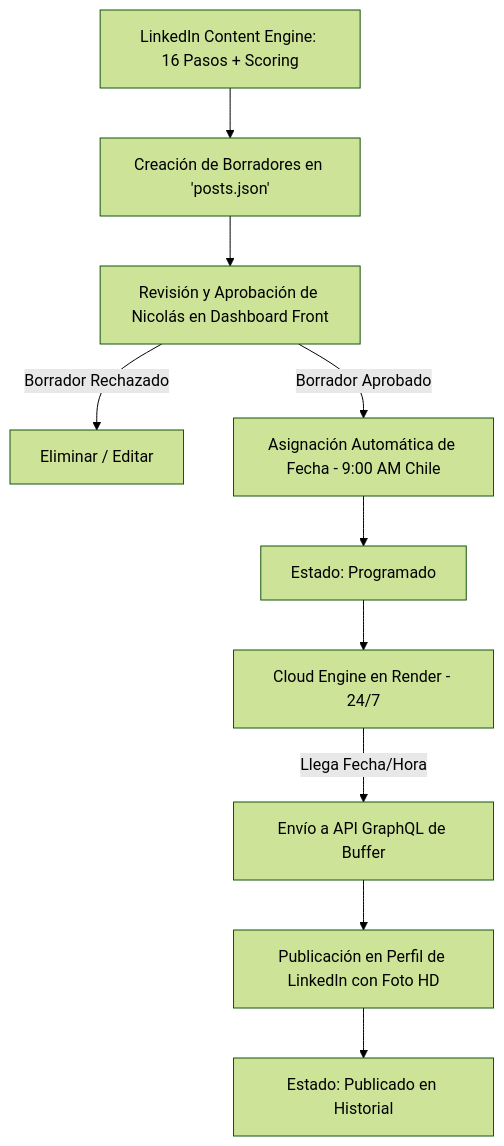
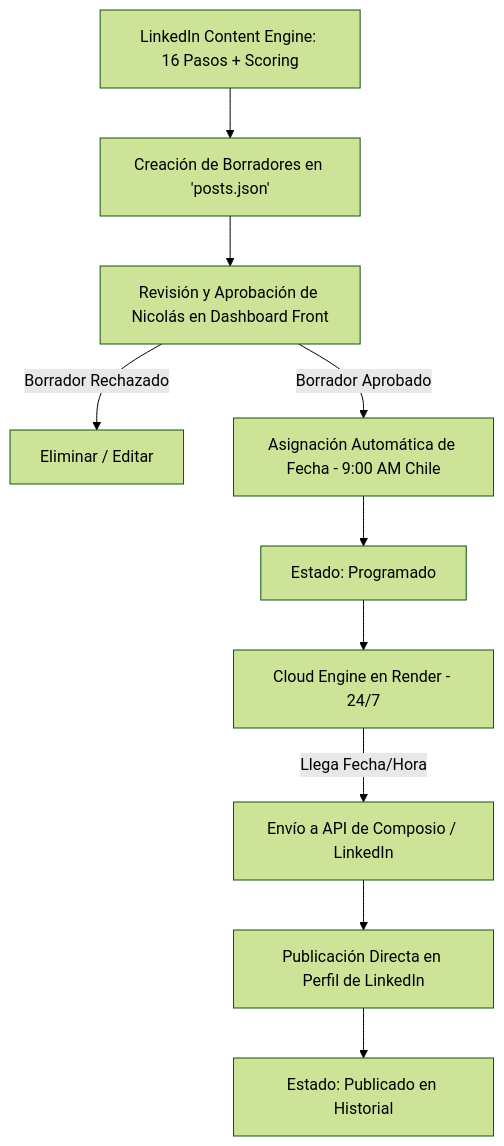
One commit to nicolass309/linkedin-nico changed the diagram in DOCUMENTACION.md. Above: the diagram before and after it, drawn with Mermaid (forest theme). The commit also changed other lines of this file and 2 other files, not shown here.

Commit message:
feat: migrate publisher engine from Buffer to Composio LinkedIn API

````diff
--- a/DOCUMENTACION.md
+++ b/DOCUMENTACION.md
@@ -37,12 +37,12 @@
 ```mermaid
 graph TD
     A[LinkedIn Content Engine: 16 Pasos + Scoring] --> B[Creación de Borradores en 'posts.json']
     B --> C[Revisión y Aprobación de Nicolás en Dashboard Front]
     C -->|Borrador Rechazado| D[Eliminar / Editar]
     C -->|Borrador Aprobado| E[Asignación Automática de Fecha - 9:00 AM Chile]
     E --> F[Estado: Programado]
     F --> G[Cloud Engine en Render - 24/7]
-    G -->|Llega Fecha/Hora| H[Envío a API GraphQL de Buffer]
-    H --> I[Publicación en Perfil de LinkedIn con Foto HD]
+    G -->|Llega Fecha/Hora| H[Envío a API de Composio / LinkedIn]
+    H --> I[Publicación Directa en Perfil de LinkedIn]
     I --> J[Estado: Publicado en Historial]
 ```
````
